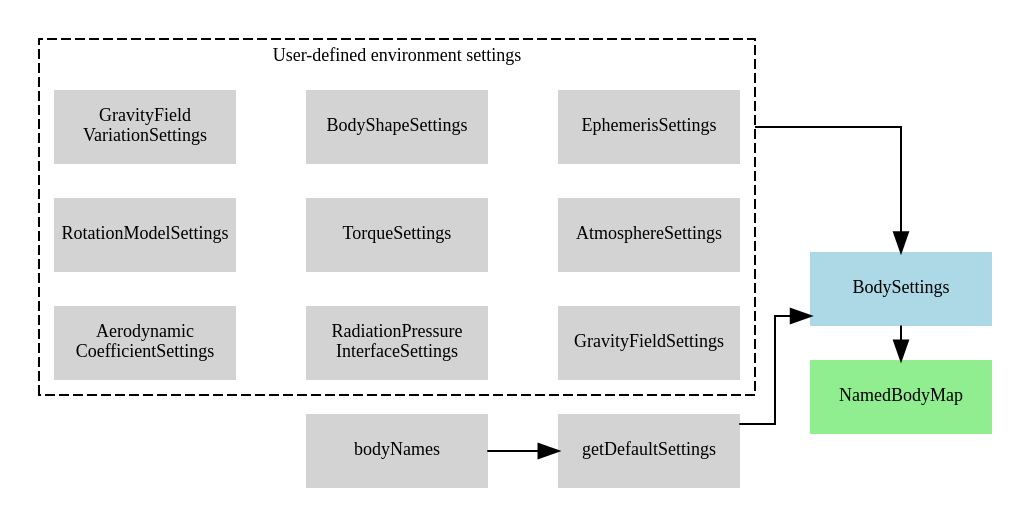
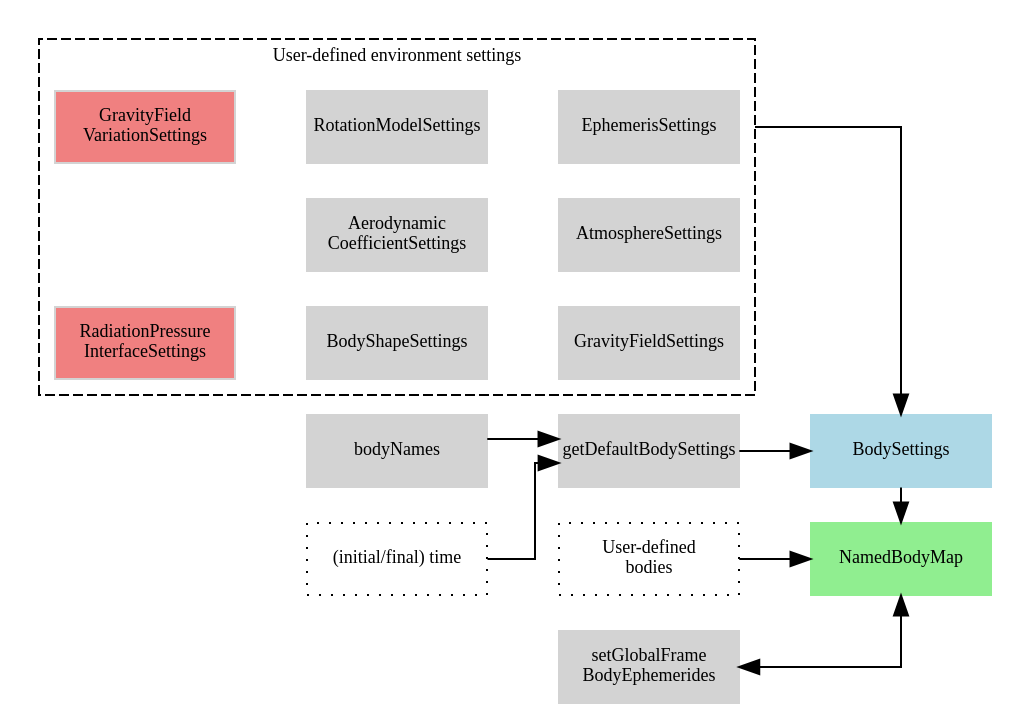
The first of 2 diagrams in tutorials/tudatFeatures/environmentSetup/index.rst (Tudat/tudat), drawn with Graphviz before and after one commit. The commit also changed other lines of this file and 3 other files, not shown here.

```diff
--- a/tutorials/tudatFeatures/environmentSetup/index.rst
+++ b/tutorials/tudatFeatures/environmentSetup/index.rst
@@ -9,64 +9,78 @@
 .. graphviz::
 
    digraph
    {
       # General diagram settings
       rankdir = "LR";
       splines = ortho;    
       compound = true;  
 
 
       # general node settings 
       node [shape = box, style = filled, width = 1.25, fixedsize = true, color = lightgrey, fontname = FontAwesome, fontsize = 9];
 
 
       # specific node color settings
       NamedBodyMap [color = lightgreen];
       BodySettings [color = lightblue];
 
 
       # Hyperlinks (Sphinx auto referencing not working here, need to link to exact web adres)
       "GravityField\nVariationSettings" [href = "http://tudat.tudelft.nl/tutorials/tudatFeatures/environmentSetup/index.html#GravityFieldVariationSettings", target = "_top"];
       "RotationModelSettings" [href = "http://tudat.tudelft.nl/tutorials/tudatFeatures/environmentSetup/index.html#RotationalModelSettings", target = "_top"];
       "Aerodynamic\nCoefficientSettings" [href = "http://tudat.tudelft.nl/tutorials/tudatFeatures/environmentSetup/index.html#AeroDynamicCoefficientSettings", target = "_top"];
       "BodyShapeSettings" [href = "http://tudat.tudelft.nl/tutorials/tudatFeatures/environmentSetup/index.html#BodyShapeSettings", target = "_top"];
-      "TorqueSettings" [href = "http://tudat.tudelft.nl/tutorials/tudatFeatures/environmentSetup/index.html#TorqueSettings", target = "_top"];
       "RadiationPressure\nInterfaceSettings" [href = "http://tudat.tudelft.nl/tutorials/tudatFeatures/environmentSetup/index.html#RadiationPressureInterfaceSettings", target = "_top"];
       "AtmosphereSettings" [href = "http://tudat.tudelft.nl/tutorials/tudatFeatures/environmentSetup/index.html#AtmosphereSettings", target = "_top"];
       "GravityFieldSettings" [href = "http://tudat.tudelft.nl/tutorials/tudatFeatures/environmentSetup/index.html#GravityFieldSettings", target = "_top"];
       "EphemerisSettings" [href = "http://tudat.tudelft.nl/tutorials/tudatFeatures/environmentSetup/index.html#EphemerisSettings", target = "_top"];
       BodySettings [href = "http://tudat.tudelft.nl/tutorials/tudatFeatures/environmentSetup/index.html#BodySettings", target = "_top"];
       NamedBodyMap [href = "http://tudat.tudelft.nl/tutorials/tudatFeatures/environmentSetup/index.html#NamedBodyMap", target = "_top"];
 
 
       # NamedBodyMap input
       BodySettings -> NamedBodyMap;
+      "User-defined \nbodies" [style = dotted, fillcolor = lightgrey, color = black];
+      "User-defined \nbodies" -> NamedBodyMap;
+      {rank = same; BodySettings, NamedBodyMap};
 
 
       # BodySettings input
       EphemerisSettings -> BodySettings [ltail = clusterEnvironmentSettings];
-      getDefaultSettings -> BodySettings;
-      bodyNames -> getDefaultSettings;
+      getDefaultBodySettings -> BodySettings;
       
-      {rank = same; BodySettings, NamedBodyMap};
 
+      # getDefaultBodySettings input
+      bodyNames -> getDefaultBodySettings;
+      "(initial/final) time" -> getDefaultBodySettings;
+      "(initial/final) time" [style = dotted, fillcolor = lightgrey, color = black];
+
+		#point0 [shape = point, style = vis, width = 0.1];
+      #point0 -> "setGlobalFrame\nBodyEphemerides";
+      #point0 -> "NamedBodyMap"; 
+      #BodySettings -> point0;
 
       # Cluster all environment settings derived classes
       subgraph clusterEnvironmentSettings
       {
          # cluster settings
          label = "User-defined environment settings";
          fontsize = 9;
          style = dashed;
          rank = min;
 
          # Make three collumns
          {rank = same; AtmosphereSettings, EphemerisSettings, GravityFieldSettings};
-         {rank = same; "GravityField\nVariationSettings", RotationModelSettings, "Aerodynamic\nCoefficientSettings"};
-         {rank = same; TorqueSettings, BodyShapeSettings, "RadiationPressure\nInterfaceSettings"};
+         {rank = same; "GravityField\nVariationSettings", "RadiationPressure\nInterfaceSettings"};
+         {rank = same; "Aerodynamic\nCoefficientSettings", BodyShapeSettings, RotationModelSettings};
 
          BodyShapeSettings -> EphemerisSettings [style = invis];
-         RotationModelSettings -> BodyShapeSettings [style = invis];
+         "RadiationPressure\nInterfaceSettings" -> BodyShapeSettings [style = invis];
+         "GravityField\nVariationSettings" -> RotationModelSettings [style = invis];
       }
-     
+      "setGlobalFrame\nBodyEphemerides" -> NamedBodyMap [dir = both];
+
+		
+		
+      {"RadiationPressure\nInterfaceSettings", "GravityField\nVariationSettings" [fillcolor = lightcoral]};
    }
```
